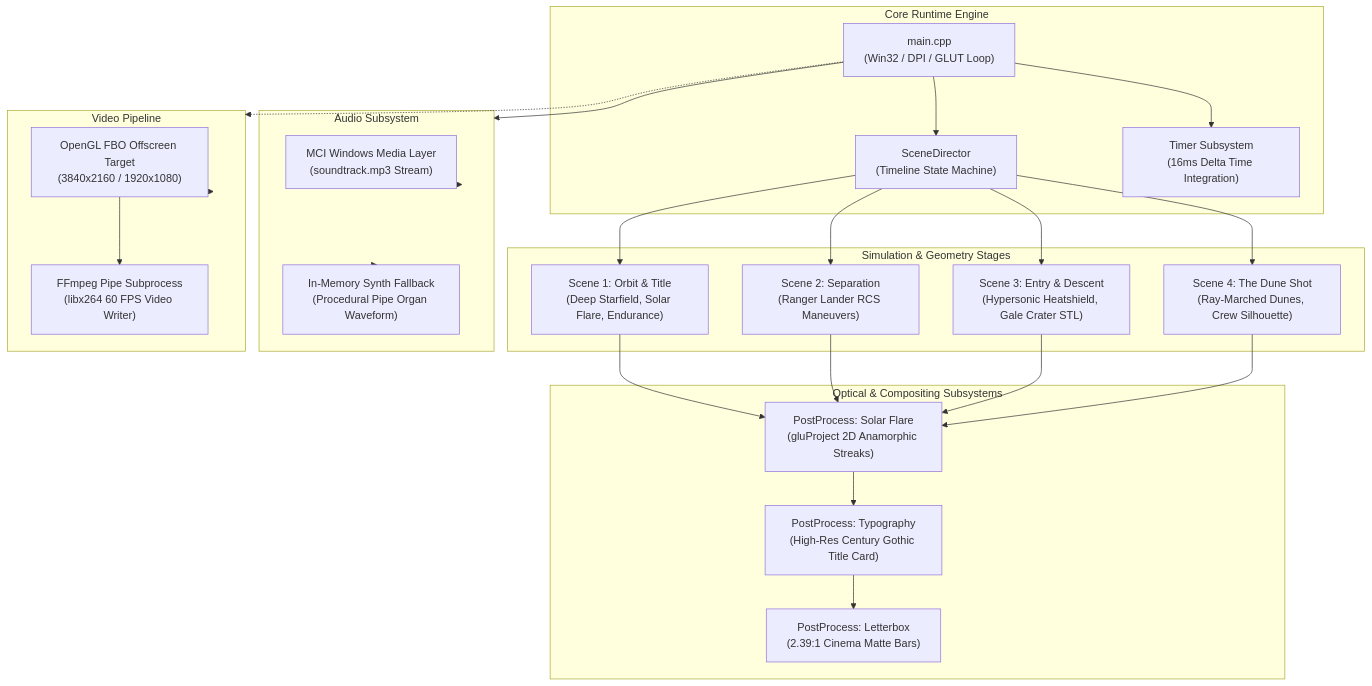
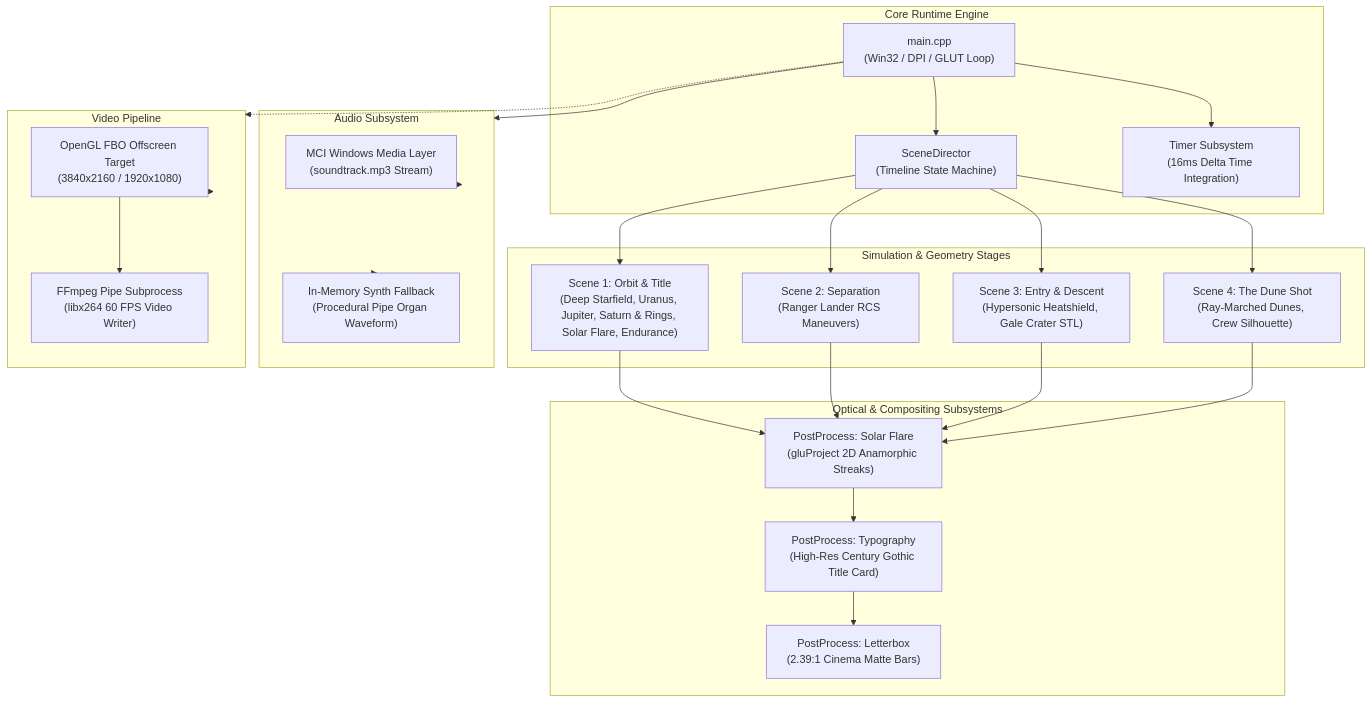
The first of 5 diagrams in README.md (imMohammedSahil/Martian), drawn with Mermaid before and after one commit. The commit also changed other lines of this file, not shown here.

Commit message:
Update README.md with solar system planets, 4K/8K assets, and duration export CLI docs

````diff
--- a/README.md
+++ b/README.md
@@ -30,46 +30,46 @@
 ```mermaid
 flowchart TD
     subgraph Core ["Core Runtime Engine"]
         Main["main.cpp<br/>(Win32 / DPI / GLUT Loop)"]
         Director["SceneDirector<br/>(Timeline State Machine)"]
         Timer["Timer Subsystem<br/>(16ms Delta Time Integration)"]
     end
 
     subgraph Simulation ["Simulation & Geometry Stages"]
-        Scene1["Scene 1: Orbit & Title<br/>(Deep Starfield, Solar Flare, Endurance)"]
+        Scene1["Scene 1: Orbit & Title<br/>(Deep Starfield, Uranus, Jupiter, Saturn & Rings, Solar Flare, Endurance)"]
         Scene2["Scene 2: Separation<br/>(Ranger Lander RCS Maneuvers)"]
         Scene3["Scene 3: Entry & Descent<br/>(Hypersonic Heatshield, Gale Crater STL)"]
         Scene4["Scene 4: The Dune Shot<br/>(Ray-Marched Dunes, Crew Silhouette)"]
     end
 
     subgraph Post ["Optical & Compositing Subsystems"]
         Lens["PostProcess: Solar Flare<br/>(gluProject 2D Anamorphic Streaks)"]
         Letterbox["PostProcess: Letterbox<br/>(2.39:1 Cinema Matte Bars)"]
         TitleCard["PostProcess: Typography<br/>(High-Res Century Gothic Title Card)"]
     end
 
     subgraph AudioEngine ["Audio Subsystem"]
         MCI["MCI Windows Media Layer<br/>(soundtrack.mp3 Stream)"]
         Synth["In-Memory Synth Fallback<br/>(Procedural Pipe Organ Waveform)"]
     end
 
     subgraph ExportSubsystem ["Video Pipeline"]
         FBO["OpenGL FBO Offscreen Target<br/>(3840x2160 / 1920x1080)"]
         FFmpeg["FFmpeg Pipe Subprocess<br/>(libx264 60 FPS Video Writer)"]
     end
 
     Main --> Director
     Main --> Timer
     Director --> Scene1
     Director --> Scene2
     Director --> Scene3
     Director --> Scene4
     Scene1 & Scene2 & Scene3 & Scene4 --> Lens
     Lens --> TitleCard
     TitleCard --> Letterbox
     Main --> AudioEngine
     AudioEngine --> MCI
     AudioEngine --> Synth
     Main -.-> ExportSubsystem
     ExportSubsystem --> FBO --> FFmpeg
 ```
````
